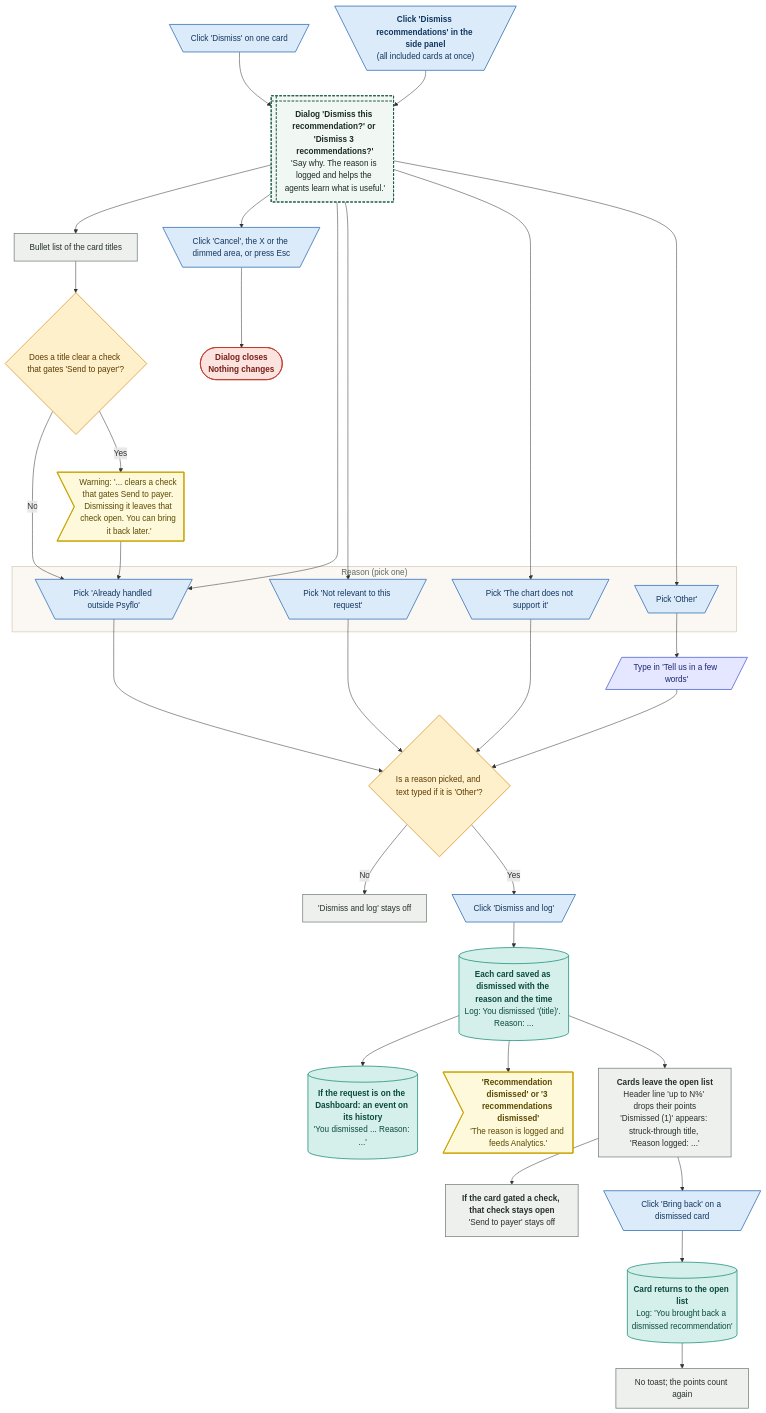
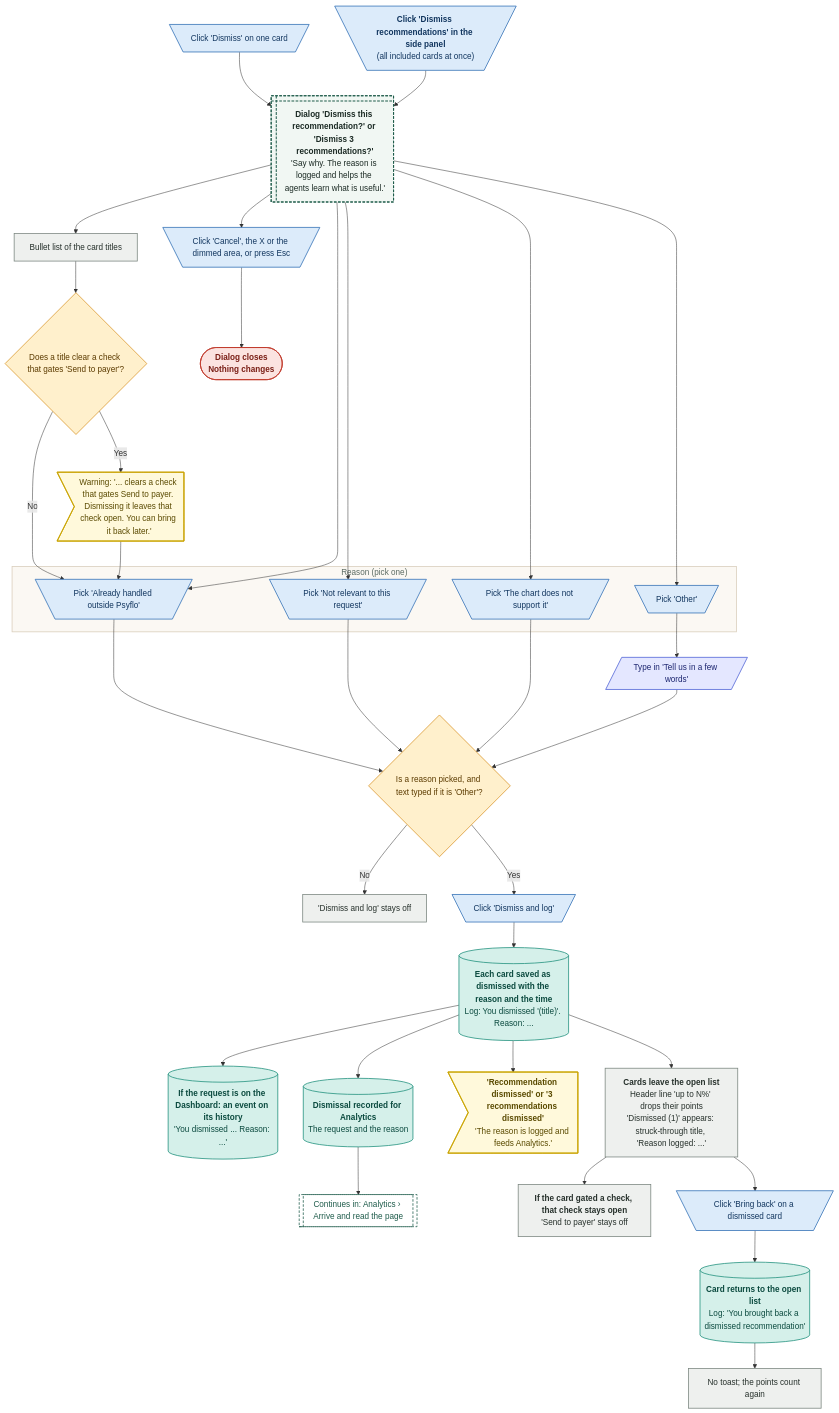
Before and after one commit to Shrav143/psyfloapp: diagram 14 of 26 in demos/prior-auth-demo/workflows/out/md/03-authorizations.md, drawn with Mermaid. The commit also changed other lines of this file and 195 other files, not shown here.

First line of the commit message:
docs: Rebuild workflow diagrams after the demo fixes (220 diagrams)

````diff
--- a/demos/prior-auth-demo/workflows/out/md/03-authorizations.md
+++ b/demos/prior-auth-demo/workflows/out/md/03-authorizations.md
@@ -1089,74 +1128,78 @@
 ```mermaid
 %%{init: {"theme":"base","themeVariables":{"fontFamily":"'DM Sans', 'Segoe UI', system-ui, sans-serif","fontSize":"15px","lineColor":"#5B6B63","primaryTextColor":"#1C2B25","clusterBkg":"#FBF8F3","clusterBorder":"#D9CDBB","edgeLabelBackground":"#FFFFFF"},"flowchart":{"curve":"basis","nodeSpacing":36,"rankSpacing":48,"padding":12,"htmlLabels":true,"useMaxWidth":false,"wrappingWidth":230}} }%%
 flowchart TD
   classDef k_start fill:#1F5C4B,stroke:#174638,color:#FFFFFF,stroke-width:1.5px,font-weight:600
   classDef k_end fill:#DDEFE3,stroke:#2E7D4F,color:#14502F,stroke-width:1.5px,font-weight:600
   classDef k_endx fill:#FBE3E0,stroke:#C0392B,color:#7A1F16,stroke-width:1.5px,font-weight:600
   classDef k_screen fill:#FFFDF8,stroke:#1F5C4B,color:#1C2B25,stroke-width:2px
   classDef k_overlay fill:#F1F7F3,stroke:#1F5C4B,color:#1C2B25,stroke-width:2px,stroke-dasharray:5 3
   classDef k_click fill:#DCEBFA,stroke:#2F6DB5,color:#12365F,stroke-width:1.5px
   classDef k_input fill:#E4E7FF,stroke:#4C5FD5,color:#1D2670,stroke-width:1.5px
   classDef k_process fill:#EEF0EE,stroke:#7A857F,color:#26302B,stroke-width:1.5px
   classDef k_agent fill:#EEE5FA,stroke:#7A4FC2,color:#341A63,stroke-width:1.5px
   classDef k_decision fill:#FFF0CC,stroke:#D9962B,color:#5C3B00,stroke-width:1.5px
   classDef k_store fill:#D5F0EA,stroke:#1C8E7B,color:#0B4A3F,stroke-width:1.5px
   classDef k_doc fill:#F6E9DC,stroke:#B07A4C,color:#4A2E14,stroke-width:1.5px
   classDef k_ext fill:#FFE6D2,stroke:#E07B39,color:#6B2F06,stroke-width:1.5px
   classDef k_wait fill:#E4E8EE,stroke:#6B7C93,color:#26303D,stroke-width:1.5px
   classDef k_toast fill:#FFF9DB,stroke:#C9A400,color:#5A4A00,stroke-width:1.5px
   classDef k_goto fill:#FFFFFF,stroke:#1F5C4B,color:#1F5C4B,stroke-width:1.5px,stroke-dasharray:5 3
   d1@{ shape: trap-t, label: "Click 'Dismiss' on one card" }
   d2@{ shape: trap-t, label: "<b>Click 'Dismiss recommendations' in the side panel</b><br/>(all included cards at once)" }
   m@{ shape: win-pane, label: "<b>Dialog 'Dismiss this recommendation?' or 'Dismiss 3 recommendations?'</b><br/>'Say why. The reason is logged and helps the agents learn what is useful.'" }
   li@{ shape: rect, label: "Bullet list of the card titles" }
   dg@{ shape: diam, label: "Does a title clear a check that gates 'Send to payer'?" }
   wb@{ shape: odd, label: "Warning: '... clears a check that gates Send to payer. Dismissing it leaves that check open. You can bring it back later.'" }
   subgraph gR ["Reason (pick one)"]
   r1@{ shape: trap-t, label: "Pick 'Already handled outside Psyflo'" }
   r2@{ shape: trap-t, label: "Pick 'Not relevant to this request'" }
   r3@{ shape: trap-t, label: "Pick 'The chart does not support it'" }
   r4@{ shape: trap-t, label: "Pick 'Other'" }
   end
   ot@{ shape: lean-r, label: "Type in 'Tell us in a few words'" }
   dok@{ shape: diam, label: "Is a reason picked, and text typed if it is 'Other'?" }
   dis@{ shape: rect, label: "'Dismiss and log' stays off" }
   cf@{ shape: trap-t, label: "Click 'Dismiss and log'" }
   cx@{ shape: trap-t, label: "Click 'Cancel', the X or the dimmed area, or press Esc" }
   ce@{ shape: stadium, label: "<b>Dialog closes</b><br/>Nothing changes" }
   st@{ shape: cyl, label: "<b>Each card saved as dismissed with the reason and the time</b><br/>Log: You dismissed '(title)'. Reason: ..." }
   dsh@{ shape: cyl, label: "<b>If the request is on the Dashboard: an event on its history</b><br/>'You dismissed ... Reason: ...'" }
+  an@{ shape: cyl, label: "<b>Dismissal recorded for Analytics</b><br/>The request and the reason" }
+  gA@{ shape: subproc, label: "Continues in: Analytics › Arrive and read the page" }
   tt@{ shape: odd, label: "<b>'Recommendation dismissed' or '3 recommendations dismissed'</b><br/>'The reason is logged and feeds Analytics.'" }
   mv@{ shape: rect, label: "<b>Cards leave the open list</b><br/>Header line 'up to N%' drops their points<br/>'Dismissed (1)' appears: struck-through title, 'Reason logged: ...'" }
   gt@{ shape: rect, label: "<b>If the card gated a check, that check stays open</b><br/>'Send to payer' stays off" }
   bb@{ shape: trap-t, label: "Click 'Bring back' on a dismissed card" }
   rs@{ shape: cyl, label: "<b>Card returns to the open list</b><br/>Log: 'You brought back a dismissed recommendation'" }
   nt@{ shape: rect, label: "No toast; the points count again" }
   d1 --> m
   d2 --> m
   m --> li --> dg
   dg -->|"Yes"| wb
   dg -->|"No"| r1
   wb --> r1
   m --> r1 & r2 & r3 & r4
   r4 --> ot
   r1 --> dok
   r2 --> dok
   r3 --> dok
   ot --> dok
   dok -->|"No"| dis
   dok -->|"Yes"| cf
   m --> cx --> ce
   cf --> st --> dsh
+  st --> an --> gA
   st --> tt
   st --> mv --> gt
   mv --> bb --> rs --> nt
   class d1,d2,r1,r2,r3,r4,cf,cx,bb k_click
   class m k_overlay
   class li,dis,mv,gt,nt k_process
   class dg,dok k_decision
   class wb,tt k_toast
   class ot k_input
   class ce k_endx
-  class st,dsh,rs k_store
+  class st,dsh,an,rs k_store
+  class gA k_goto
   style gR fill:#FBF8F3,stroke:#D9CDBB,stroke-width:1.5px,color:#5B6B63
 ```
````
